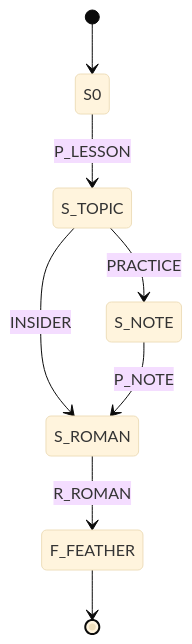
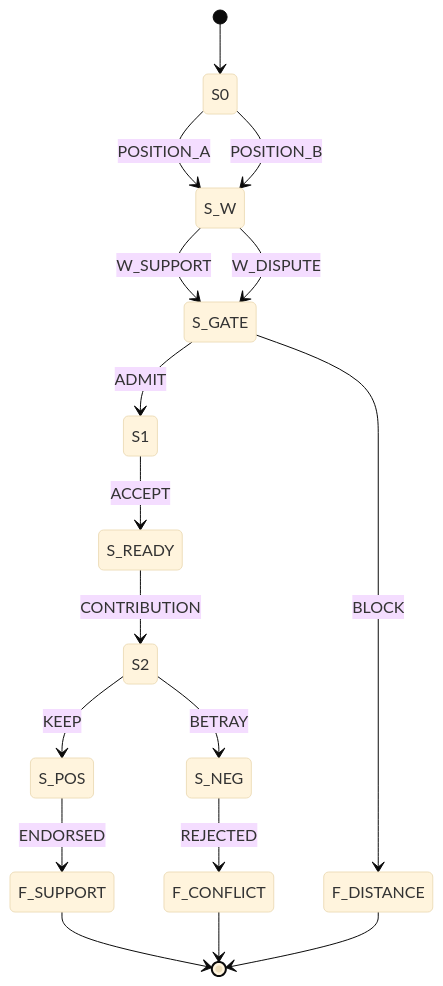
The sixth of 16 diagrams in docs/content-review/stories.md (Stepami/golden-mouth), drawn with Mermaid (base theme) before and after one commit. The commit also changed other lines of this file and 6 other files, not shown here.

````diff
--- a/docs/content-review/stories.md
+++ b/docs/content-review/stories.md
@@ -642,10 +809,19 @@
 ```mermaid
 stateDiagram-v2
     [*] --> S0
-    S0 --> S_TOPIC: P_LESSON
-    S_TOPIC --> S_ROMAN: INSIDER
-    S_TOPIC --> S_NOTE: PRACTICE
-    S_NOTE --> S_ROMAN: P_NOTE
-    S_ROMAN --> F_FEATHER: R_ROMAN
-    F_FEATHER --> [*]
+    S0 --> S_W: POSITION_A
+    S0 --> S_W: POSITION_B
+    S_W --> S_GATE: W_SUPPORT
+    S_W --> S_GATE: W_DISPUTE
+    S_GATE --> S1: ADMIT
+    S_GATE --> F_DISTANCE: BLOCK
+    S1 --> S_READY: ACCEPT
+    S_READY --> S2: CONTRIBUTION
+    S2 --> S_POS: KEEP
+    S2 --> S_NEG: BETRAY
+    S_POS --> F_SUPPORT: ENDORSED
+    S_NEG --> F_CONFLICT: REJECTED
+    F_SUPPORT --> [*]
+    F_CONFLICT --> [*]
+    F_DISTANCE --> [*]
 ```
````
